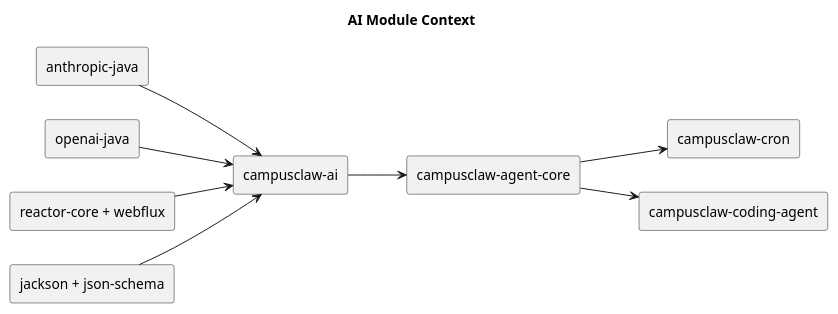
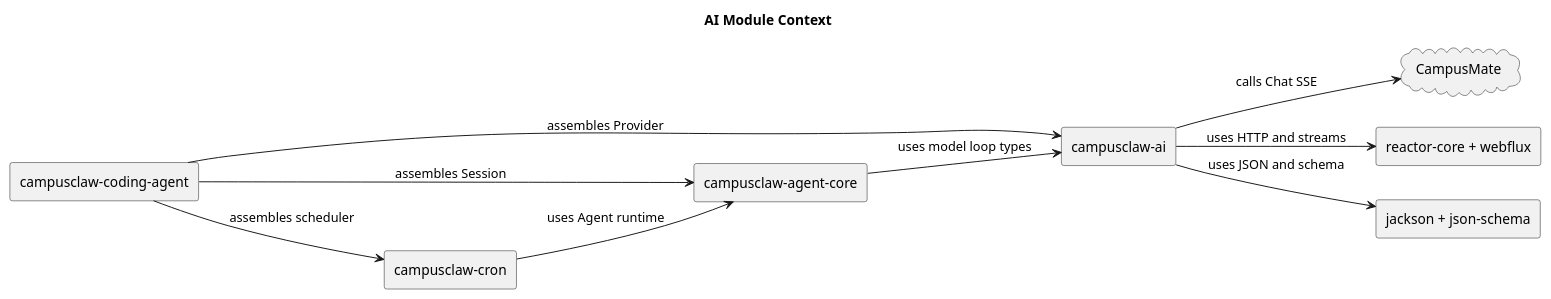
Before and after one commit to 2862282695gjh-afk/pi-mono-java: the first of 3 diagrams in docs/designs/ai/diagram.puml, drawn with PlantUML. The commit also changed other lines of this file and 85 other files, not shown here.

Commit message:
feat(ai): 收敛 CampusMate 模型调用

```diff
--- a/docs/designs/ai/diagram.puml
+++ b/docs/designs/ai/diagram.puml
@@ -1,26 +1,28 @@
 @startuml module-context
 title AI Module Context
 left to right direction
 skinparam componentStyle rectangle
 
-' Source evidence: modules/ai/pom.xml; CampusClawAiService; ApiProviderRegistry.
-' Analyzed source commit: cc2f58d9e24bae1d7c99b9f54e86b71940d86115.
-' Observed behavior: the AI module adapts provider SDKs for agent-core consumers.
+' Implementation starting point: pi-mono-java 29ebec6a8cad99896414211cda28c6fffec71bee.
+' Observed source: modules/ai/pom.xml and modules/ai/src/main/java/com/campusclaw/ai/CampusClawAiService.java#streamSimple.
+' Observed source: modules/ai/src/main/java/com/campusclaw/ai/provider/mate/MateServiceModelManagerProvider.java#streamSimple.
+' This change: CampusMateProvider replaces MateServiceModelManagerProvider and vendor adapters are removed.
+' Architecture change: the product default has one CampusMate provider and no vendor SDK adapters.
 
+cloud CampusMate
 component "campusclaw-ai" as ai
 component "campusclaw-agent-core" as core
 component "campusclaw-cron" as cron
-component "campusclaw-coding-agent" as cli
-component "anthropic-java" as anthropic
-component "openai-java" as openai
+component "campusclaw-coding-agent" as service
 component "reactor-core + webflux" as reactor
 component "jackson + json-schema" as jackson
 
-anthropic --> ai
-openai --> ai
-reactor --> ai
-jackson --> ai
-ai --> core
-core --> cron
-core --> cli
+ai --> CampusMate : calls Chat SSE
+ai --> reactor : uses HTTP and streams
+ai --> jackson : uses JSON and schema
+core --> ai : uses model loop types
+cron --> core : uses Agent runtime
+service --> ai : assembles Provider
+service --> core : assembles Session
+service --> cron : assembles scheduler
 @enduml
```
